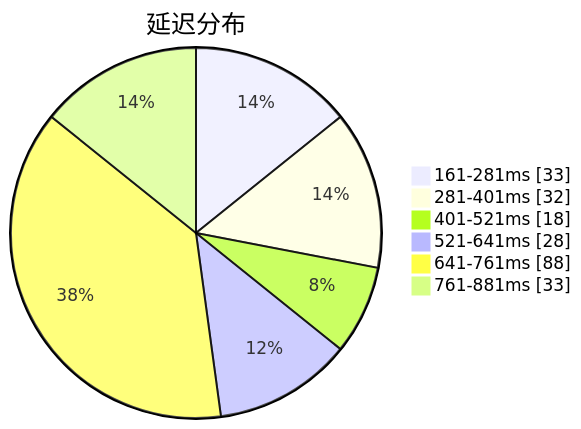
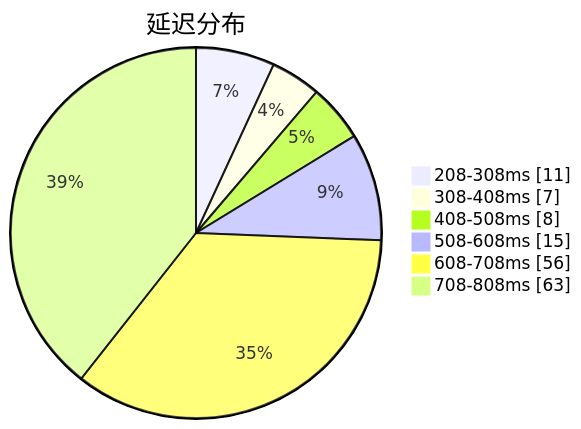
One commit to qjlxg/airport changed the first of 3 diagrams in subs/statistics/tested_within.md. Above: the diagram before and after it, drawn with Mermaid. The commit also changed other lines of this file and 2 other files, not shown here.

````diff
--- a/subs/statistics/tested_within.md
+++ b/subs/statistics/tested_within.md
@@ -2,10 +2,10 @@
 ```mermaid
 pie showData
 title 延迟分布
-"161-281ms" : 33
-"281-401ms" : 32
-"401-521ms" : 18
-"521-641ms" : 28
-"641-761ms" : 88
-"761-881ms" : 33
+"208-308ms" : 11
+"308-408ms" : 7
+"408-508ms" : 8
+"508-608ms" : 15
+"608-708ms" : 56
+"708-808ms" : 63
 ```
````
